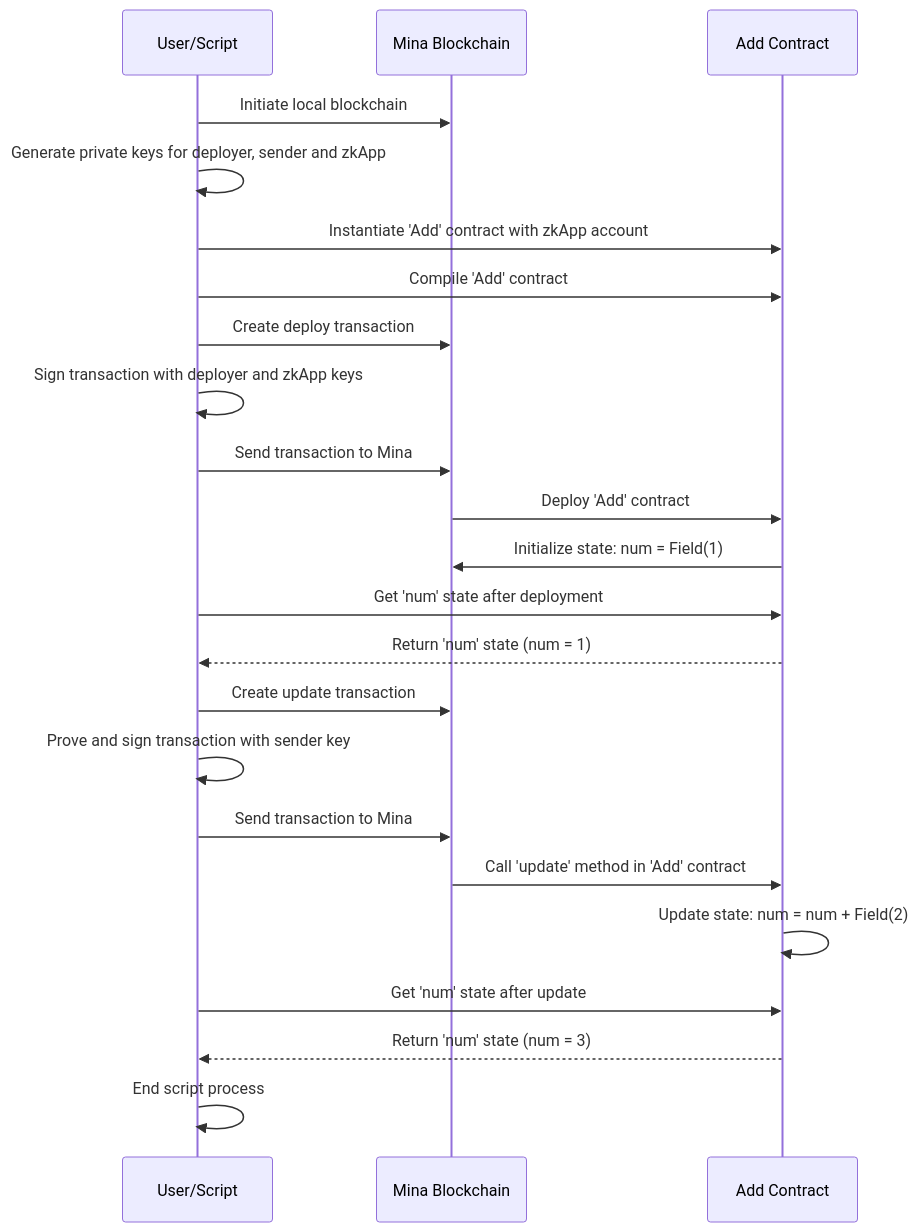
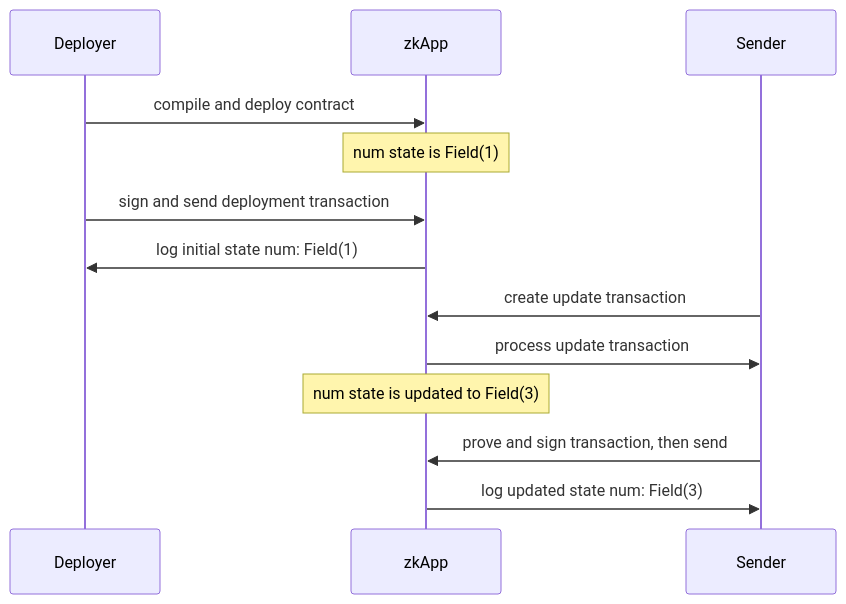
The diagram in README.md (teddyjfpender/mina-add-contract), drawn with Mermaid before and after one commit.

Commit message:
updated diagram

````diff
--- a/README.md
+++ b/README.md
@@ -18,25 +18,15 @@
 ```mermaid
 sequenceDiagram
-  participant User as User/Script
-  participant Mina as Mina Blockchain
-  participant Add as Add Contract
-  User->>Mina: Initiate local blockchain
-  User->>User: Generate private keys for deployer, sender and zkApp
-  User->>Add: Instantiate 'Add' contract with zkApp account
-  User->>Add: Compile 'Add' contract
-  User->>Mina: Create deploy transaction
-  User->>User: Sign transaction with deployer and zkApp keys
-  User->>Mina: Send transaction to Mina
-  Mina->>Add: Deploy 'Add' contract
-  Add->>Mina: Initialize state: num = Field(1)
-  User->>Add: Get 'num' state after deployment
-  Add-->>User: Return 'num' state (num = 1)
-  User->>Mina: Create update transaction
-  User->>User: Prove and sign transaction with sender key
-  User->>Mina: Send transaction to Mina
-  Mina->>Add: Call 'update' method in 'Add' contract
-  Add->>Add: Update state: num = num + Field(2)
-  User->>Add: Get 'num' state after update
-  Add-->>User: Return 'num' state (num = 3)
-  User->>User: End script process
+    participant Deployer
+    participant zkApp
+    participant Sender
+    Deployer->>zkApp: compile and deploy contract
+    Note over zkApp: num state is Field(1)
+    Deployer->>zkApp: sign and send deployment transaction
+    zkApp->>Deployer: log initial state num: Field(1)
+    Sender->>zkApp: create update transaction
+    zkApp->>Sender: process update transaction
+    Note over zkApp: num state is updated to Field(3)
+    Sender->>zkApp: prove and sign transaction, then send
+    zkApp->>Sender: log updated state num: Field(3)
 ```
````
